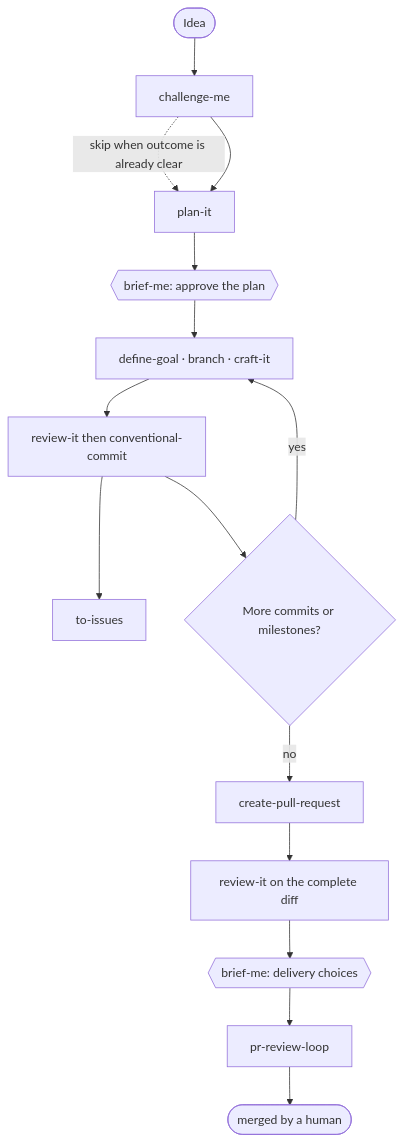
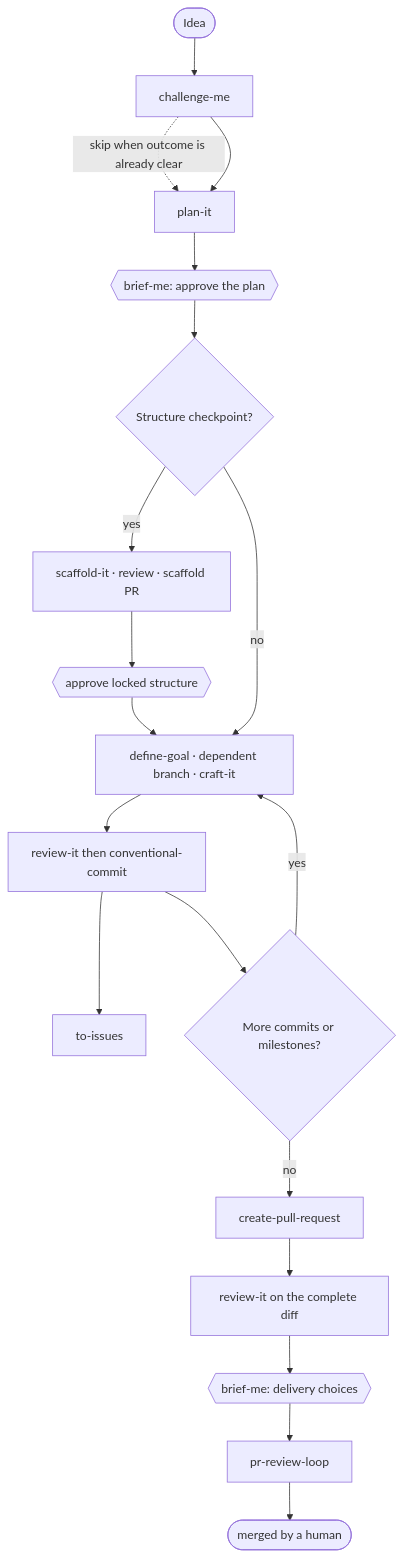
Before and after one commit to typeweaver/skills: the diagram in README.md, drawn with Mermaid. The commit also changed other lines of this file and 11 other files, not shown here.

````diff
--- a/README.md
+++ b/README.md
@@ -85,17 +85,21 @@
 ```mermaid
 flowchart TD
     idea([Idea]) --> challenge[challenge-me]
     challenge -.->|skip when outcome is already clear| plan[plan-it]
     challenge --> plan
     plan --> approve{{brief-me: approve the plan}}
-    approve --> build["define-goal · branch · craft-it"]
+    approve --> scaffoldChoice{Structure checkpoint?}
+    scaffoldChoice -->|yes| scaffold["scaffold-it · review · scaffold PR"]
+    scaffold --> approveStructure{{approve locked structure}}
+    approveStructure --> build["define-goal · dependent branch · craft-it"]
+    scaffoldChoice -->|no| build
     build --> reviewCommit["review-it then conventional-commit"]
     reviewCommit --> followups[to-issues]
     reviewCommit --> more{More commits or milestones?}
     more -->|yes| build
     more -->|no| pr[create-pull-request]
     pr --> reviewPr["review-it on the complete diff"]
     reviewPr --> deliver{{brief-me: delivery choices}}
     deliver --> loop[pr-review-loop]
     loop --> merged([merged by a human])
 ```
````
